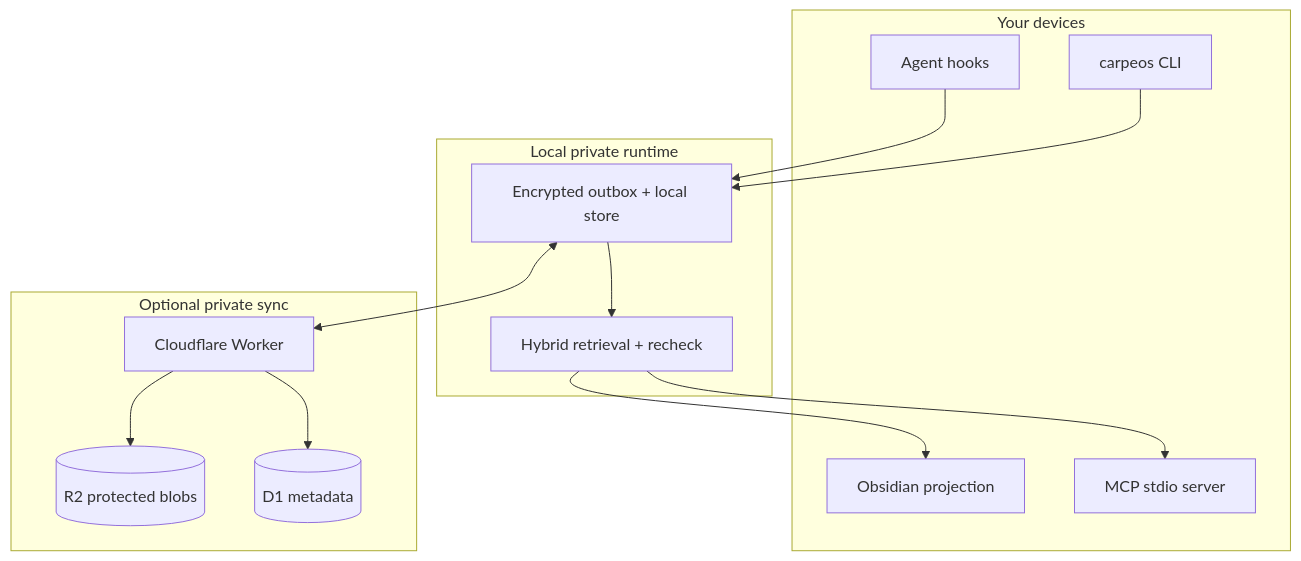
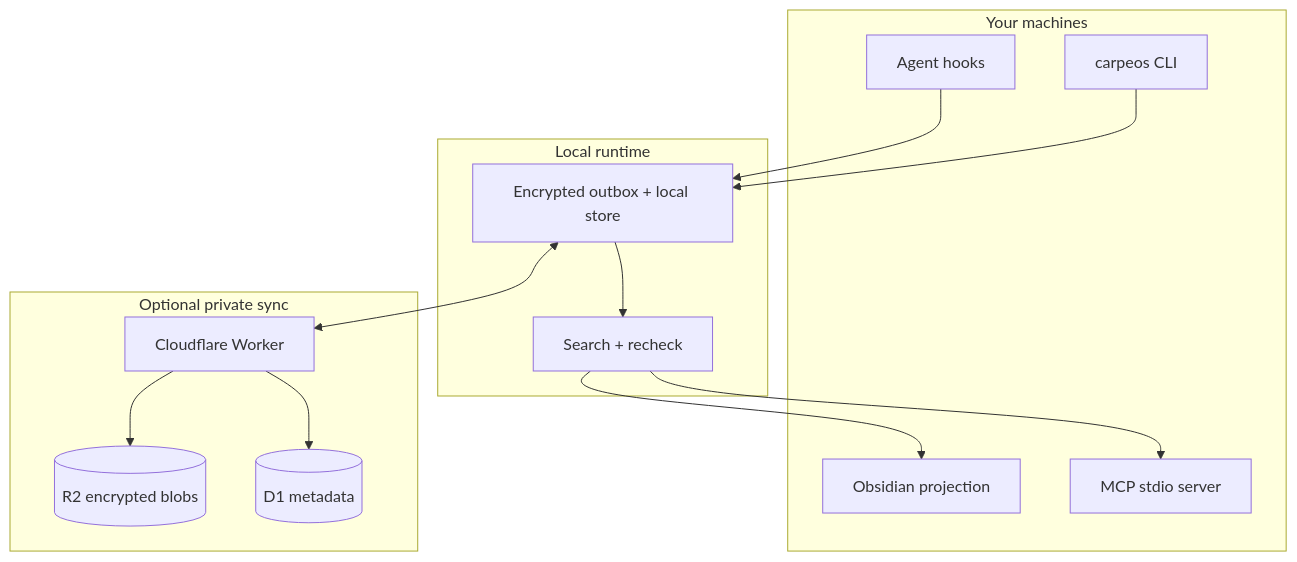
Before and after one commit to innocarpe/CarpeOS: the second of 3 diagrams in README.md, drawn with Mermaid. The commit also changed other lines of this file and 2 other files, not shown here.

````diff
--- a/README.md
+++ b/README.md
@@ -109,29 +108,29 @@
 ```mermaid
 flowchart TB
-  subgraph devices [Your devices]
+  subgraph devices [Your machines]
     H1[Agent hooks]
     CLI[carpeos CLI]
     MCP[MCP stdio server]
     OBS[Obsidian projection]
   end
 
-  subgraph local [Local private runtime]
+  subgraph local [Local runtime]
     OUT[Encrypted outbox + local store]
-    RET[Hybrid retrieval + recheck]
+    RET[Search + recheck]
   end
 
   subgraph private [Optional private sync]
     W[Cloudflare Worker]
     D1[(D1 metadata)]
-    R2[(R2 protected blobs)]
+    R2[(R2 encrypted blobs)]
   end
 
   H1 --> OUT
   CLI --> OUT
   OUT --> RET
   RET --> MCP
   RET --> OBS
   OUT <--> W
   W --> D1
   W --> R2
 ```
````
